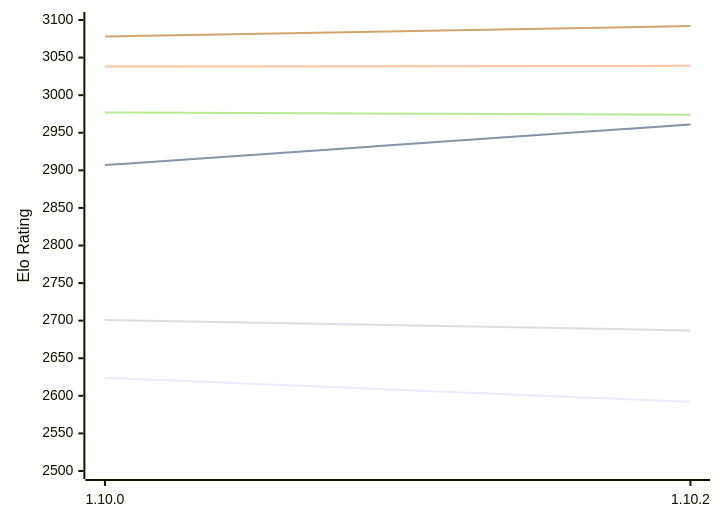
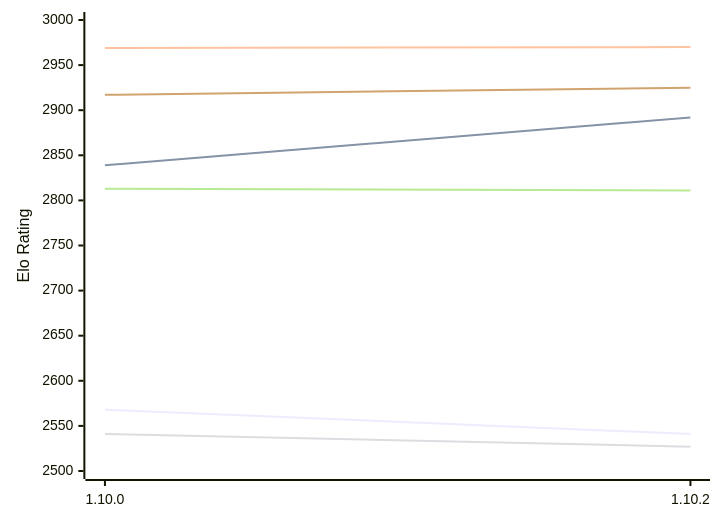
One commit to computer-chess-index/cci changed the first of 2 diagrams in engines/Basilisk.md. Above: the diagram before and after it, drawn with Mermaid. The commit also changed other lines of this file, not shown here.

Commit message:
Update CCI Ratings (ELO VLTC) - 2026-11-13

````diff
--- a/engines/Basilisk.md
+++ b/engines/Basilisk.md
@@ -61,12 +61,12 @@
 ```mermaid
 %%{init: {"theme":"base","themeVariables":{"seriesColors:['#a3a3a3','#222221','#faa371']}}}%%
 xychart-beta
   x-axis ["1.10.0", "1.10.2"]
-  y-axis "Elo Rating" 2500 --> 3100
-  line "E1: STC (8.0+0.08s)" [2624, 2592]
-  line "E1: LTC (60.0+0.60s)" [2907, 2961]
-  line "E1: VLTC (2m24s+1.12s)" [3038, 3039]
-  line "P1: STC (8.0+0.08s)" [2701, 2687]
-  line "P1: LTC (60.0+0.60s)" [2977, 2974]
-  line "P1: VLTC (2m24s+1.12s)" [3078, 3092]
+  y-axis "Elo Rating" 2500 --> 3000
+  line "E1: STC (8.0+0.08s)" [2568, 2541]
+  line "E1: LTC (60.0+0.60s)" [2839, 2892]
+  line "E1: VLTC (2m24s+1.12s)" [2969, 2970]
+  line "P1: STC (8.0+0.08s)" [2541, 2527]
+  line "P1: LTC (60.0+0.60s)" [2813, 2811]
+  line "P1: VLTC (2m24s+1.12s)" [2917, 2925]
 ```
````
